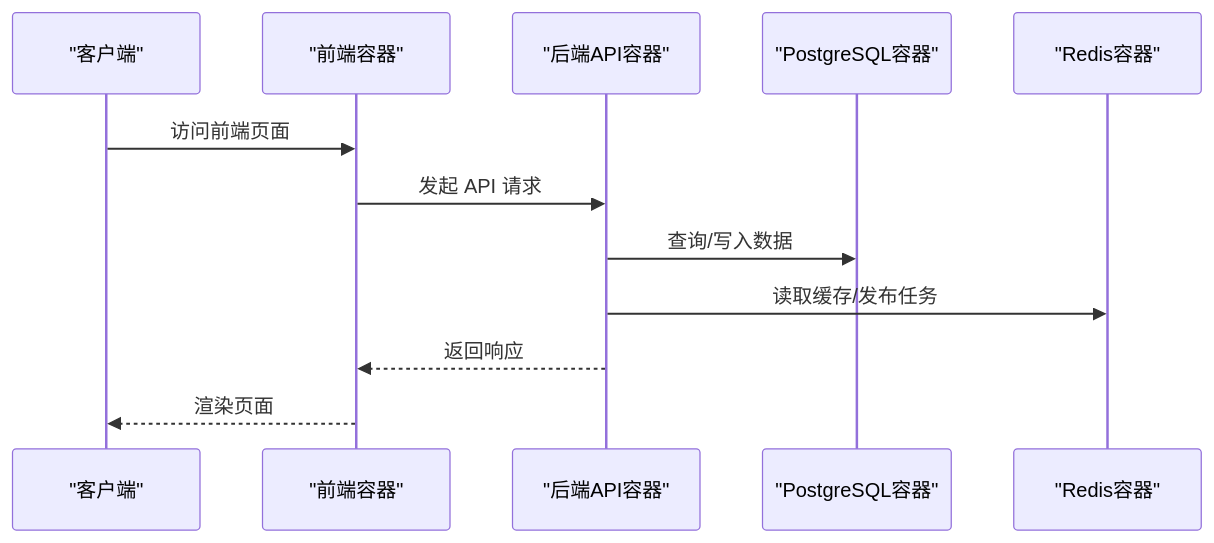
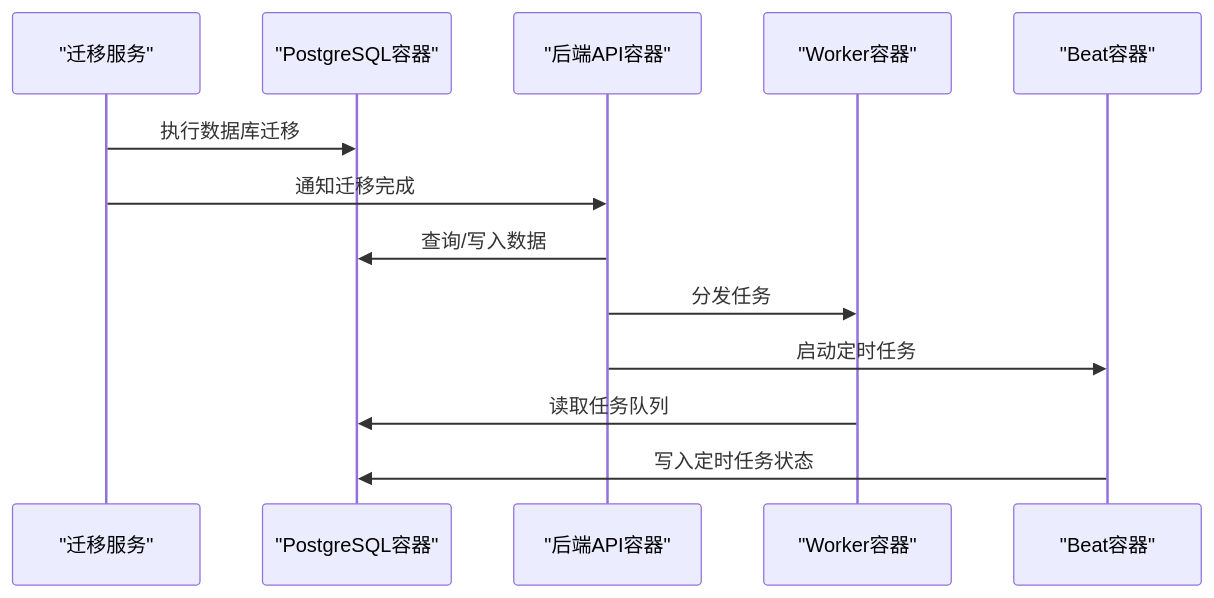
One commit to yzxingtu/novusai-saas changed the fourth of 7 diagrams in .qoder/repowiki/zh/content/架构设计/整体架构设计/部署架构设计/容器化策略.md. Above: the diagram before and after it, drawn with Mermaid. The commit also changed other lines of this file and 256 other files, not shown here.

````diff
--- a/.qoder/repowiki/zh/content/架构设计/整体架构设计/部署架构设计/容器化策略.md
+++ b/.qoder/repowiki/zh/content/架构设计/整体架构设计/部署架构设计/容器化策略.md
@@ -141,14 +159,15 @@
 ```mermaid
 sequenceDiagram
-participant C as "客户端"
-participant FE as "前端容器"
+participant M as "迁移服务"
+participant DB as "PostgreSQL容器"
 participant API as "后端API容器"
-participant DB as "PostgreSQL容器"
-participant R as "Redis容器"
-C->>FE : 访问前端页面
-FE->>API : 发起 API 请求
+participant W as "Worker容器"
+participant B as "Beat容器"
+M->>DB : 执行数据库迁移
+M->>API : 通知迁移完成
 API->>DB : 查询/写入数据
-API->>R : 读取缓存/发布任务
-API-->>FE : 返回响应
-FE-->>C : 渲染页面
+API->>W : 分发任务
+API->>B : 启动定时任务
+W->>DB : 读取任务队列
+B->>DB : 写入定时任务状态
 ```
````
